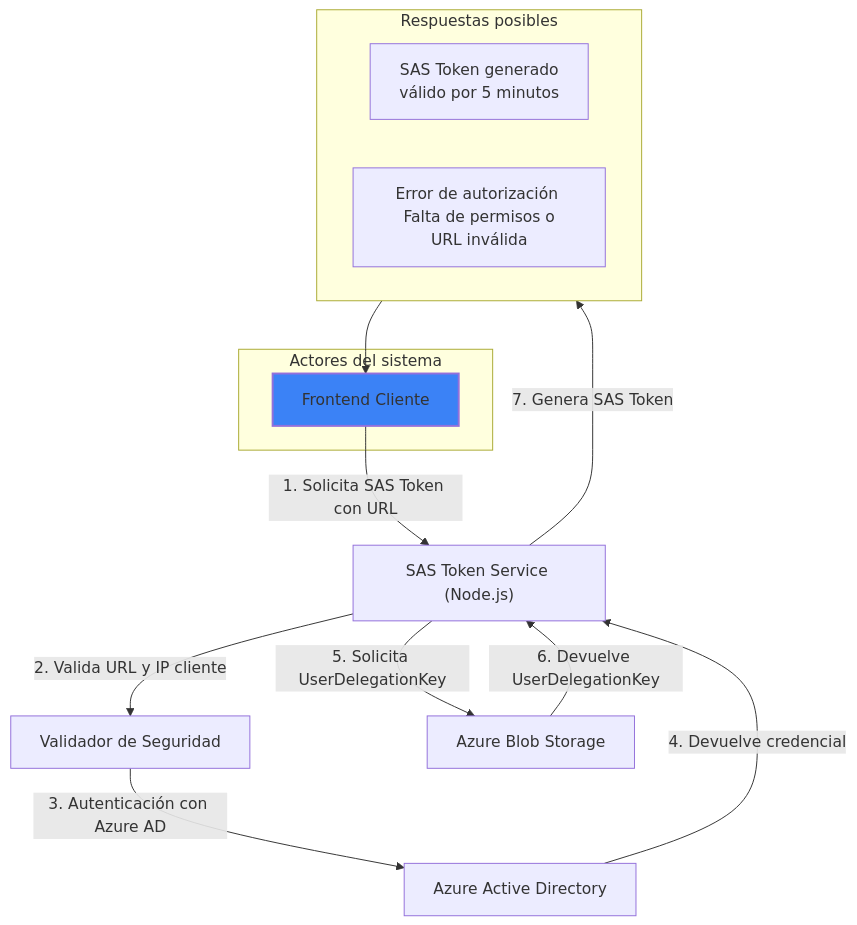
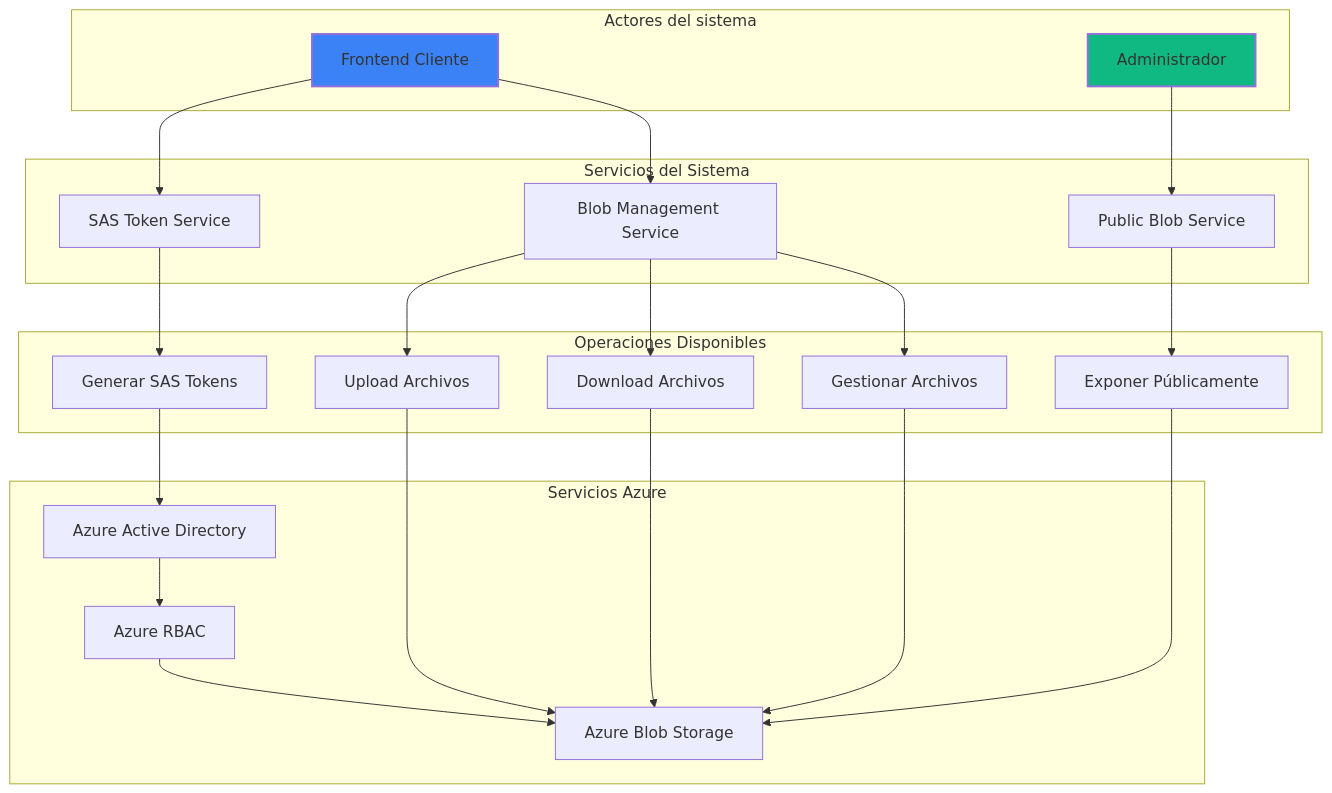
One commit to CamiloBzt/SasTokenGenerator changed the diagram in README.md. Above: the diagram before and after it, drawn with Mermaid. The commit also changed other lines of this file and 31 other files, not shown here.

First line of the commit message:
Add unit tests for PublicBlobService, FileValidationService, and SasService

````diff
--- a/README.md
+++ b/README.md
@@ -111,23 +125,51 @@
 ```mermaid
 flowchart TD
-  subgraph RESPUESTAS["Respuestas posibles"]
-      TOKEN["SAS Token generado <br> válido por 5 minutos"]
-      ERROR["Error de autorización <br> Falta de permisos o URL inválida"]
+  subgraph USUARIOS["Actores del sistema"]
+      Frontend["Frontend Cliente"]
+      Admin["Administrador"]
   end
 
-  subgraph USUARIOS["Actores del sistema"]
-      Frontend["Frontend Cliente"]
+  subgraph SERVICIOS["Servicios del Sistema"]
+      SAS["SAS Token Service"]
+      BLOB["Blob Management Service"]
+      PUBLIC["Public Blob Service"]
   end
 
-  Frontend -- 1. Solicita SAS Token con URL --> API["SAS Token Service (Node.js)"]
-  API -- 2. Valida URL y IP cliente --> VALID["Validador de Seguridad"]
-  VALID -- 3. Autenticación con Azure AD --> AZUREAD["Azure Active Directory"]
-  AZUREAD -- 4. Devuelve credencial --> API
-  API -- 5. Solicita UserDelegationKey --> STORAGE["Azure Blob Storage"]
-  STORAGE -- 6. Devuelve UserDelegationKey --> API
-  API -- 7. Genera SAS Token --> RESPUESTAS
-  RESPUESTAS --> Frontend
+  subgraph AZURE["Servicios Azure"]
+      AZUREAD["Azure Active Directory"]
+      STORAGE["Azure Blob Storage"]
+      RBAC["Azure RBAC"]
+  end
+
+  subgraph OPERATIONS["Operaciones Disponibles"]
+      TOKEN["Generar SAS Tokens"]
+      UPLOAD["Upload Archivos"]
+      DOWNLOAD["Download Archivos"]
+      MANAGE["Gestionar Archivos"]
+      EXPOSE["Exponer Públicamente"]
+  end
+
+  Frontend --> SAS
+  Frontend --> BLOB
+  Admin --> PUBLIC
+
+  SAS --> TOKEN
+  BLOB --> UPLOAD
+  BLOB --> DOWNLOAD
+  BLOB --> MANAGE
+  PUBLIC --> EXPOSE
+
+  TOKEN --> AZUREAD
+  UPLOAD --> STORAGE
+  DOWNLOAD --> STORAGE
+  MANAGE --> STORAGE
+  EXPOSE --> STORAGE
+
+  AZUREAD --> RBAC
+  RBAC --> STORAGE
 
   Frontend:::clientPosition
+  Admin:::adminPosition
   classDef clientPosition fill:#3b82f6,stroke-width:2px
+  classDef adminPosition fill:#10b981,stroke-width:2px
 ```
````
